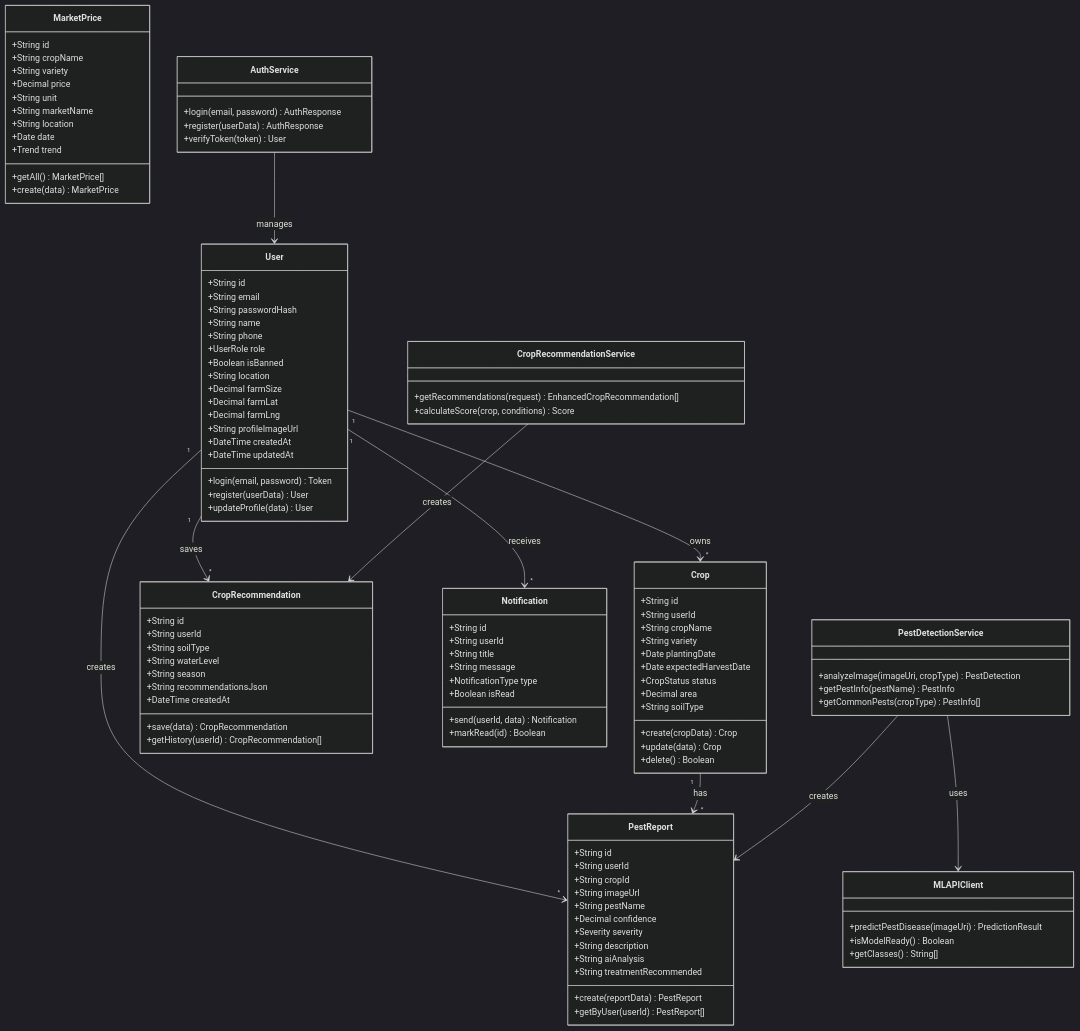
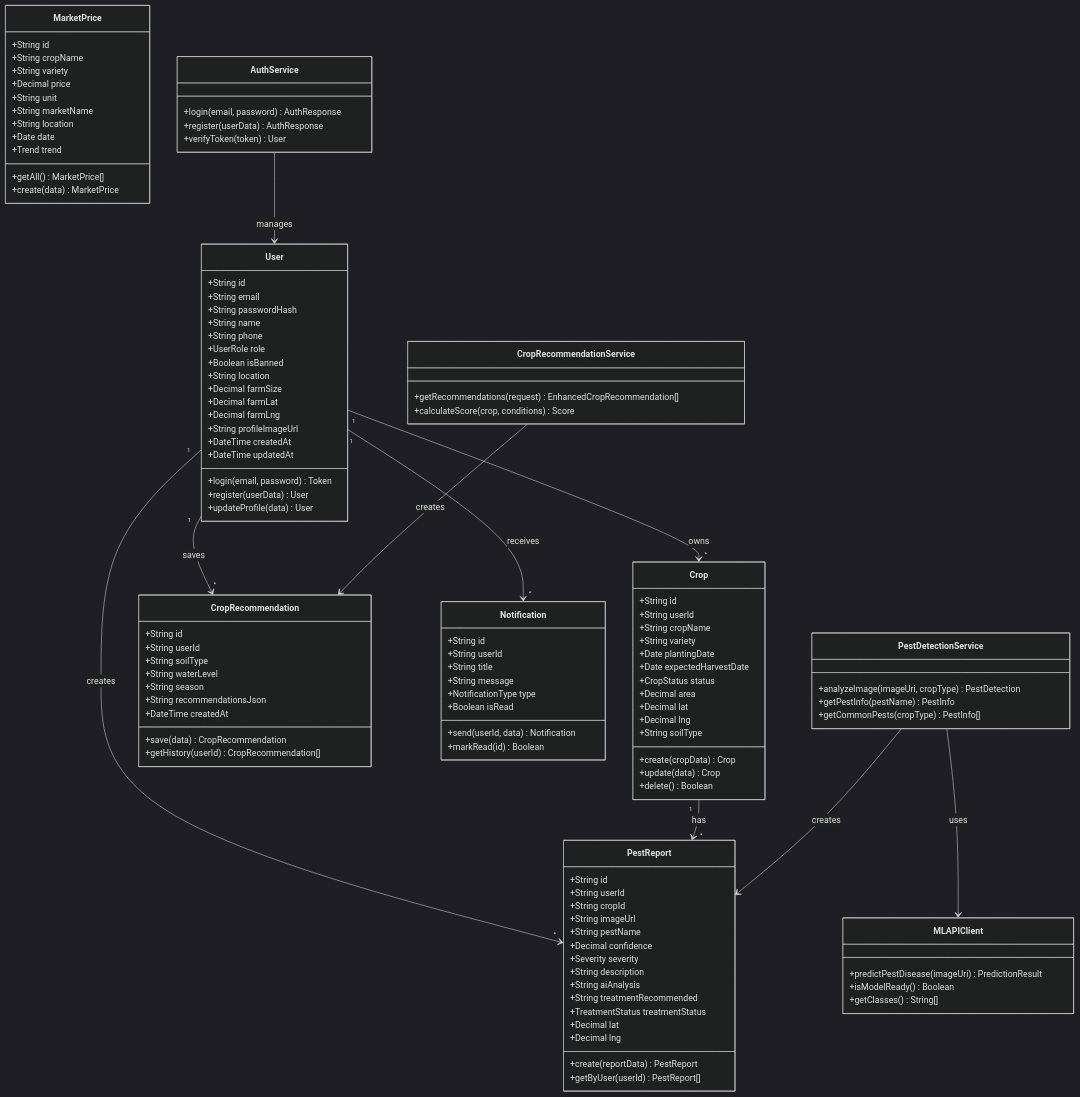
One commit to moditejas2005/smart-crop-aid changed the eighth of 11 diagrams in docs/technical/DIAGRAMS.md. Above: the diagram before and after it, drawn with Mermaid (dark theme). The commit also changed other lines of this file, not shown here.

Commit message:
docs: update technical diagrams with object diagram and class updates

```diff
--- a/docs/technical/DIAGRAMS.md
+++ b/docs/technical/DIAGRAMS.md
@@ -375,6 +375,8 @@
         +Date expectedHarvestDate
         +CropStatus status
         +Decimal area
+        +Decimal lat
+        +Decimal lng
         +String soilType
         +create(cropData) Crop
         +update(data) Crop
@@ -392,6 +394,9 @@
         +String description
         +String aiAnalysis
         +String treatmentRecommended
+        +TreatmentStatus treatmentStatus
+        +Decimal lat
+        +Decimal lng
         +create(reportData) PestReport
         +getByUser(userId) PestReport[]
     }
```
